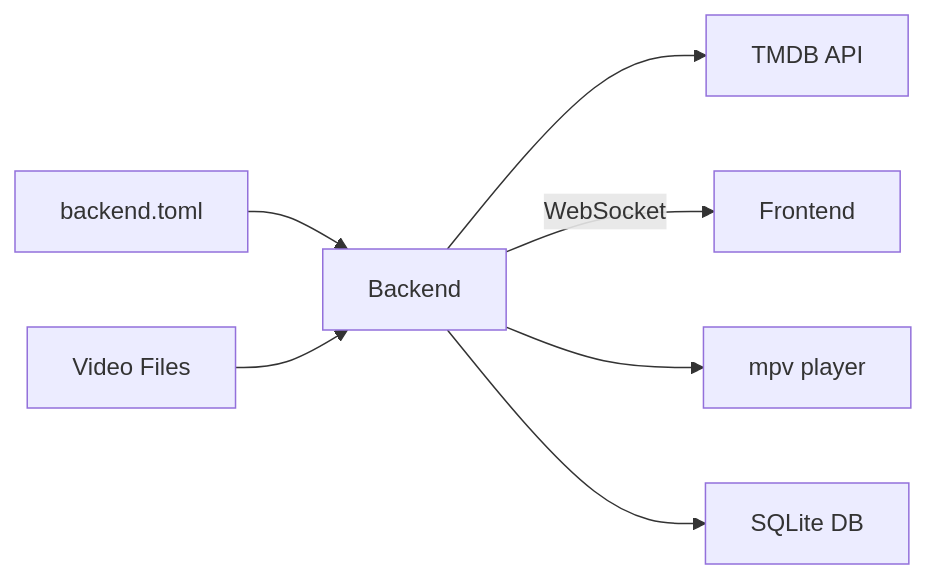
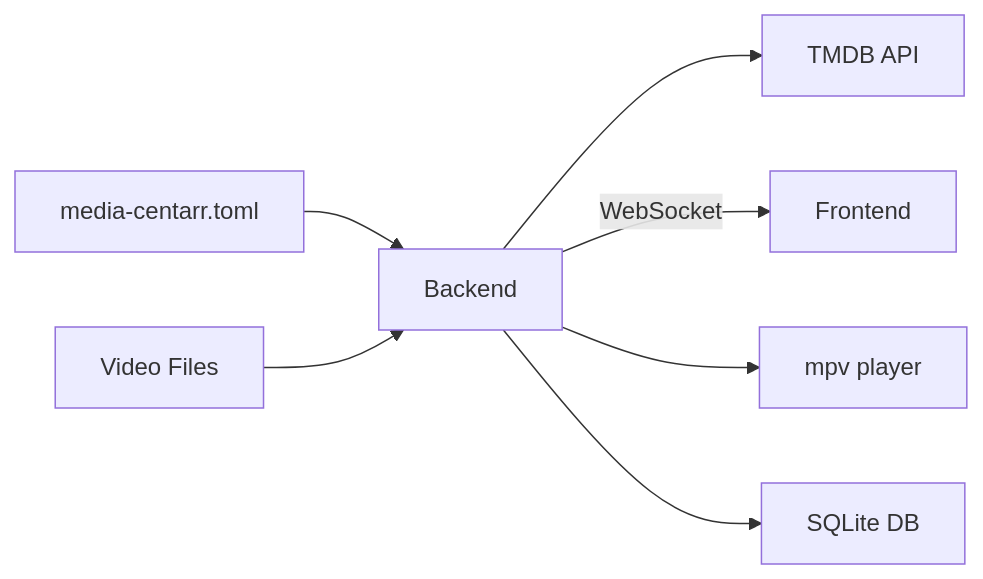
The diagram in docs/getting-started.md (media-centaur/media-centaur), drawn with Mermaid before and after one commit. The commit also changed other lines of this file and 22 other files, not shown here.

Commit message:
chore: rename config file to media-centarr.toml, rename service units, update XDG paths

````diff
--- a/docs/getting-started.md
+++ b/docs/getting-started.md
@@ -188,9 +188,9 @@
 ```mermaid
 graph LR
-    Config["backend.toml"] --> App[Backend]
+    Config["media-centarr.toml"] --> App[Backend]
     Videos["Video Files"] --> App
     App --> TMDB["TMDB API"]
     App -->|WebSocket| Frontend
     App --> MPV["mpv player"]
     App --> DB["SQLite DB"]
 ```
````
